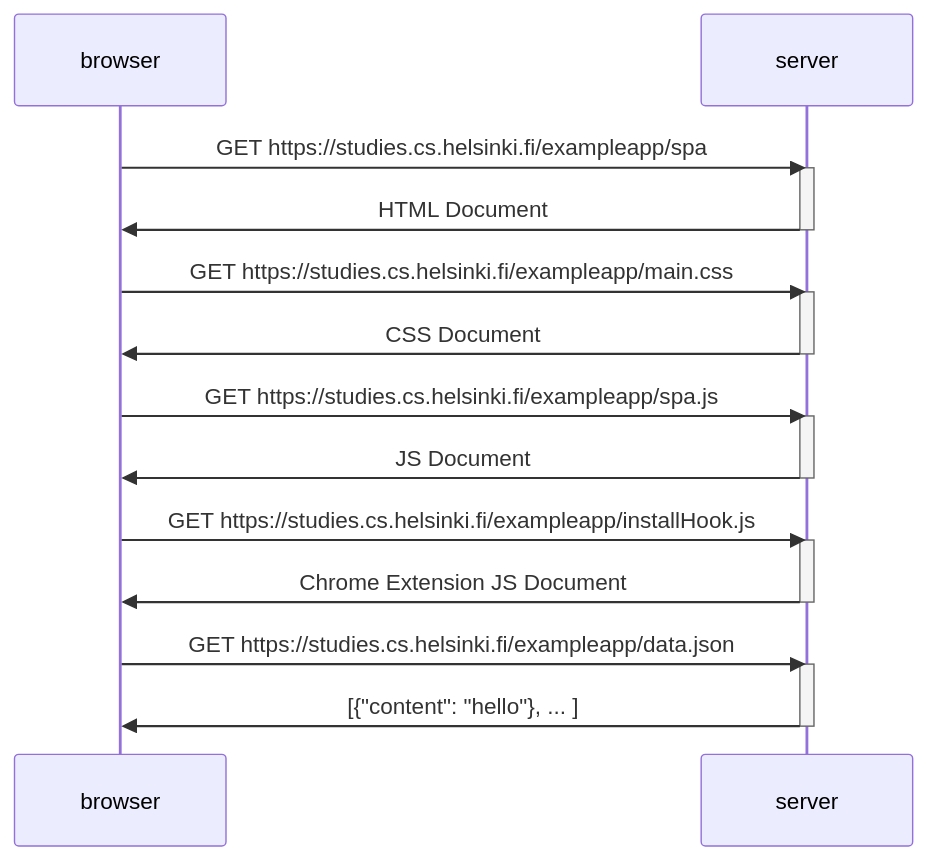
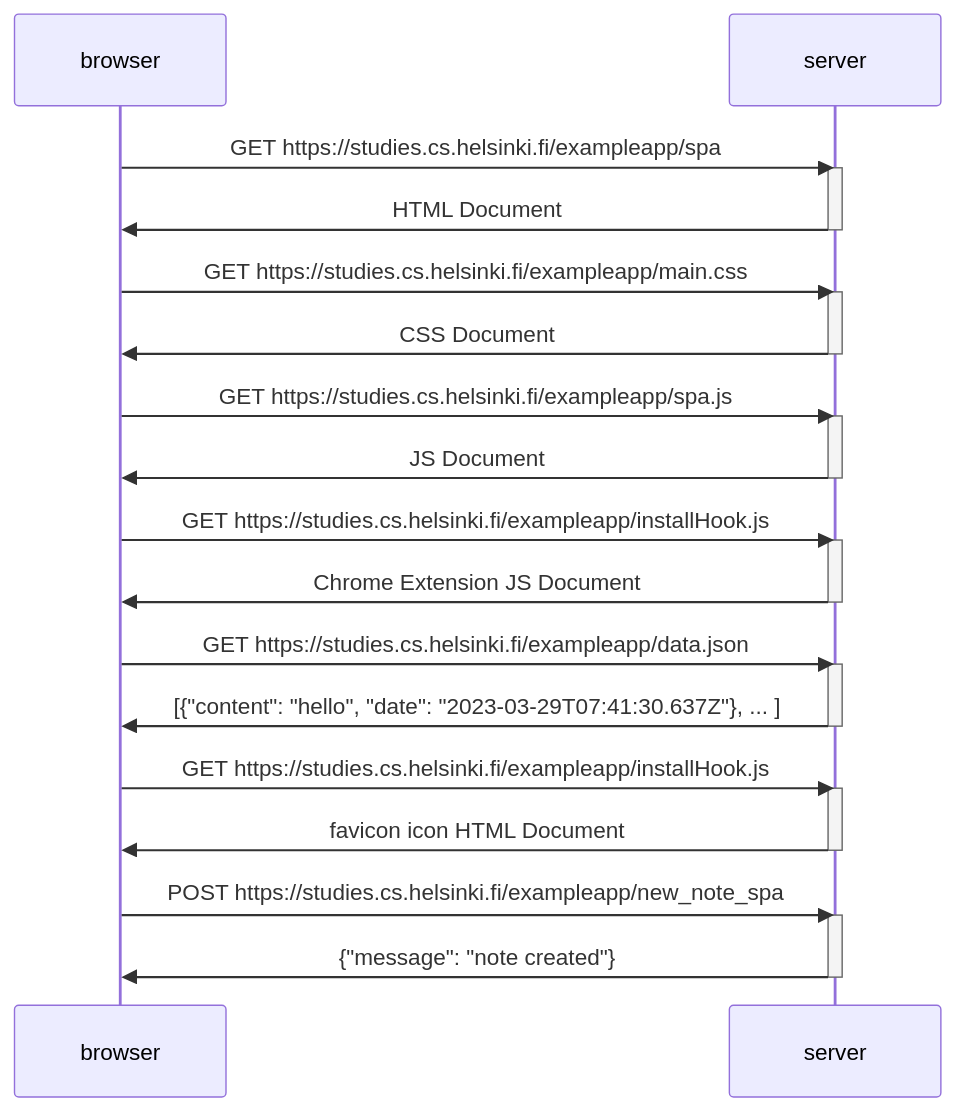
Before and after one commit to Zackoon/FullStackOpen: the diagram in Part_0_Webapp_Fundamentals/ex_0.5_spa_diagram.md, drawn with Mermaid.

Commit message:
Finish ex_0.5 sequence diagram demonstrating AJAX

````diff
--- a/Part_0_Webapp_Fundamentals/ex_0.5_spa_diagram.md
+++ b/Part_0_Webapp_Fundamentals/ex_0.5_spa_diagram.md
@@ -1,31 +1,40 @@
 ```mermaid
 sequenceDiagram
 	participant browser
 	participant server
 	
 	browser->>server: GET https://studies.cs.helsinki.fi/exampleapp/spa
 	activate server
 	server->>browser: HTML Document
 	deactivate server
 	
 	browser->>server: GET https://studies.cs.helsinki.fi/exampleapp/main.css
 	activate server
 	server->>browser: CSS Document
 	deactivate server
 	
 	browser->>server: GET https://studies.cs.helsinki.fi/exampleapp/spa.js
 	activate server
 	server->>browser: JS Document
 	deactivate server
 	
 	browser->>server: GET https://studies.cs.helsinki.fi/exampleapp/installHook.js
 	activate server
 	server->>browser: Chrome Extension JS Document
 	deactivate server
 
 	browser->>server: GET https://studies.cs.helsinki.fi/exampleapp/data.json
 	activate server
-	server->>browser: [{"content": "hello"}, ... ]
+	server->>browser: [{"content": "hello", "date": "2023-03-29T07:41:30.637Z"}, ... ]
 	deactivate server
 
+	browser->>server: GET https://studies.cs.helsinki.fi/exampleapp/installHook.js
+	activate server
+	server->>browser: favicon icon HTML Document
+	deactivate server
+
+	browser->>server: POST https://studies.cs.helsinki.fi/exampleapp/new_note_spa
+	activate server
+	server->>browser: {"message": "note created"}
+	deactivate server
 ``` 
````
